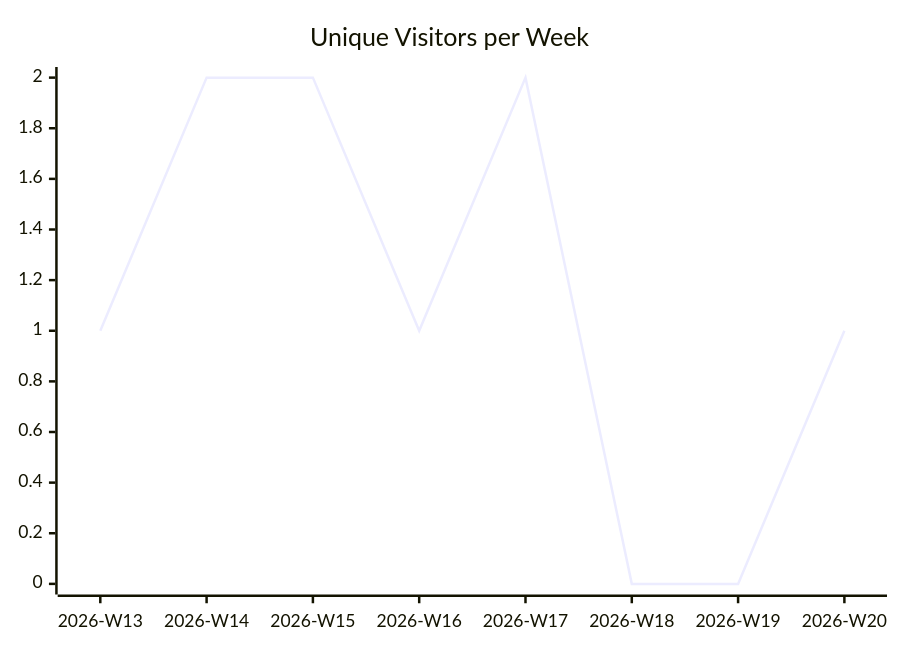
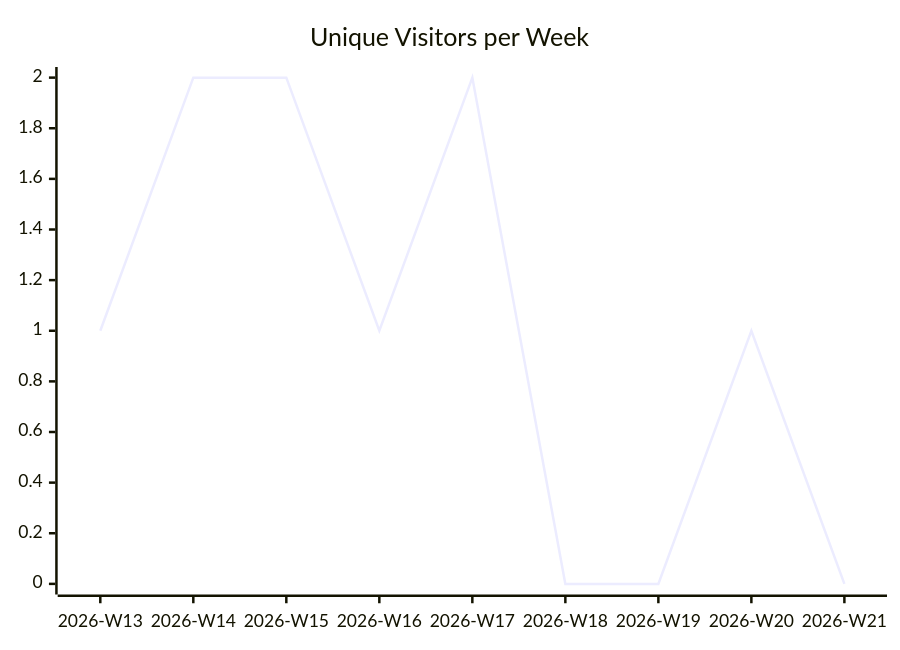
The first of 3 diagrams in karlmdavis/fhir-benchmarks/README.md (justdavis-family/github-analytics-data), drawn with Mermaid before and after one commit. The commit also changed other lines of this file and 189 other files, not shown here.

````diff
--- a/karlmdavis/fhir-benchmarks/README.md
+++ b/karlmdavis/fhir-benchmarks/README.md
@@ -5,6 +5,6 @@
 ```mermaid
 xychart-beta
   title "Unique Visitors per Week"
-  x-axis ["2026-W13", "2026-W14", "2026-W15", "2026-W16", "2026-W17", "2026-W18", "2026-W19", "2026-W20"]
-  line [1, 2, 2, 1, 2, 0, 0, 1]
+  x-axis ["2026-W13", "2026-W14", "2026-W15", "2026-W16", "2026-W17", "2026-W18", "2026-W19", "2026-W20", "2026-W21"]
+  line [1, 2, 2, 1, 2, 0, 0, 1, 0]
 ```
````
